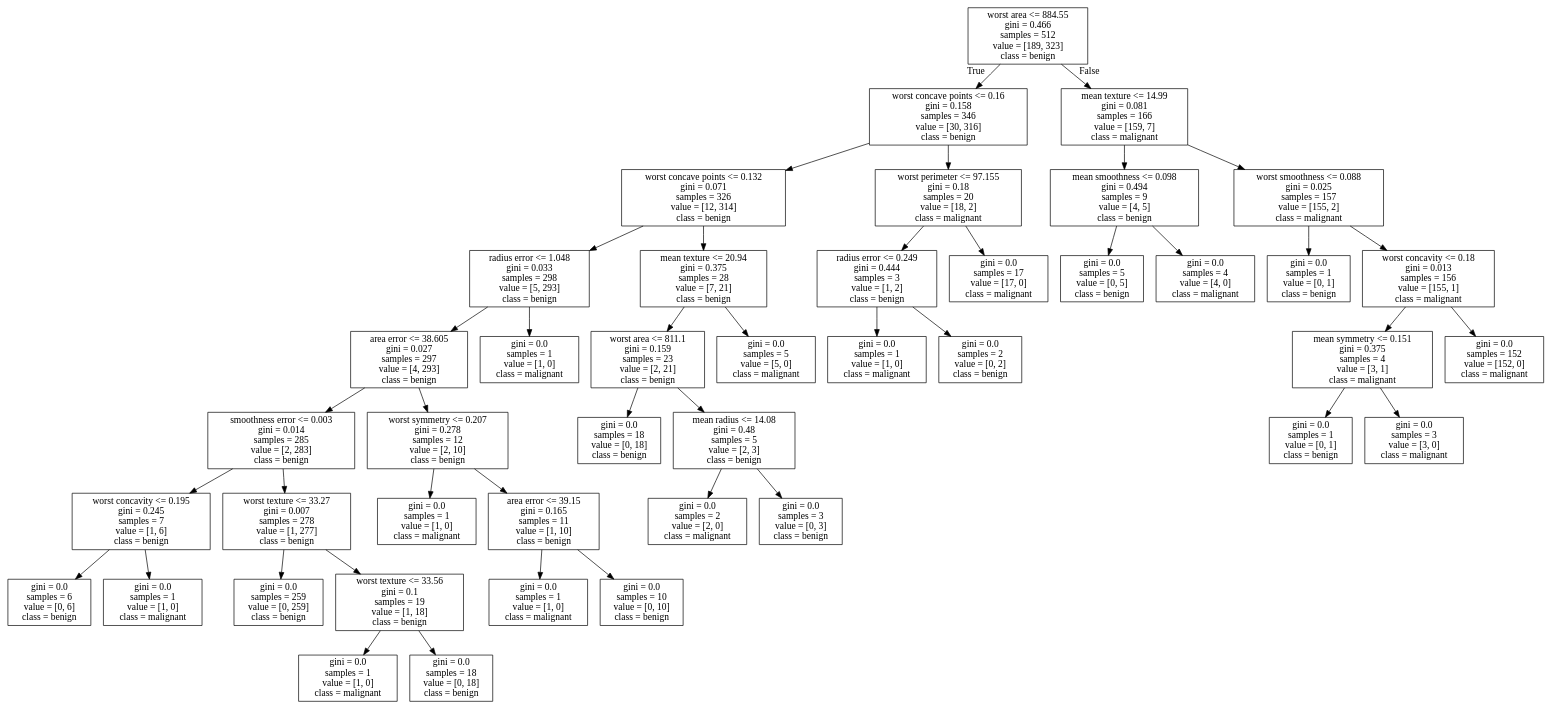
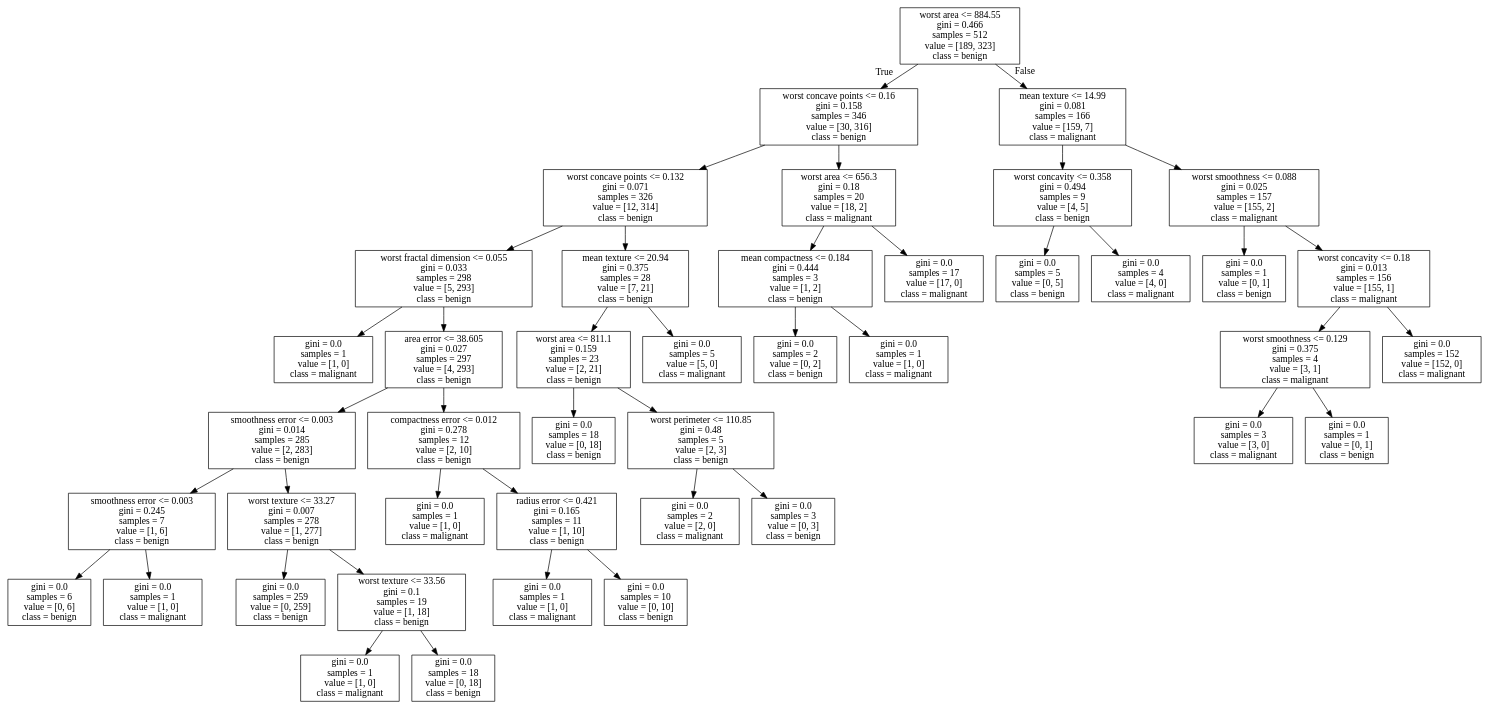
The diagram in Machine-Learning-for-OpenCV-Second-Edition/Dot/cancer_dtree1.dot (linzixuan45/ML-opencv-sklearn), drawn with Graphviz before and after one commit. The commit also changed 11 other files, not shown here.

```diff
--- a/Machine-Learning-for-OpenCV-Second-Edition/Dot/cancer_dtree1.dot
+++ b/Machine-Learning-for-OpenCV-Second-Edition/Dot/cancer_dtree1.dot
@@ -1,88 +1,88 @@
 digraph Tree {
 node [shape=box] ;
 0 [label="worst area <= 884.55\ngini = 0.466\nsamples = 512\nvalue = [189, 323]\nclass = benign"] ;
 1 [label="worst concave points <= 0.16\ngini = 0.158\nsamples = 346\nvalue = [30, 316]\nclass = benign"] ;
 0 -> 1 [labeldistance=2.5, labelangle=45, headlabel="True"] ;
 2 [label="worst concave points <= 0.132\ngini = 0.071\nsamples = 326\nvalue = [12, 314]\nclass = benign"] ;
 1 -> 2 ;
-3 [label="radius error <= 1.048\ngini = 0.033\nsamples = 298\nvalue = [5, 293]\nclass = benign"] ;
+3 [label="worst fractal dimension <= 0.055\ngini = 0.033\nsamples = 298\nvalue = [5, 293]\nclass = benign"] ;
 2 -> 3 ;
-4 [label="area error <= 38.605\ngini = 0.027\nsamples = 297\nvalue = [4, 293]\nclass = benign"] ;
+4 [label="gini = 0.0\nsamples = 1\nvalue = [1, 0]\nclass = malignant"] ;
 3 -> 4 ;
-5 [label="smoothness error <= 0.003\ngini = 0.014\nsamples = 285\nvalue = [2, 283]\nclass = benign"] ;
-4 -> 5 ;
-6 [label="worst concavity <= 0.195\ngini = 0.245\nsamples = 7\nvalue = [1, 6]\nclass = benign"] ;
+5 [label="area error <= 38.605\ngini = 0.027\nsamples = 297\nvalue = [4, 293]\nclass = benign"] ;
+3 -> 5 ;
+6 [label="smoothness error <= 0.003\ngini = 0.014\nsamples = 285\nvalue = [2, 283]\nclass = benign"] ;
 5 -> 6 ;
-7 [label="gini = 0.0\nsamples = 6\nvalue = [0, 6]\nclass = benign"] ;
+7 [label="smoothness error <= 0.003\ngini = 0.245\nsamples = 7\nvalue = [1, 6]\nclass = benign"] ;
 6 -> 7 ;
-8 [label="gini = 0.0\nsamples = 1\nvalue = [1, 0]\nclass = malignant"] ;
-6 -> 8 ;
-9 [label="worst texture <= 33.27\ngini = 0.007\nsamples = 278\nvalue = [1, 277]\nclass = benign"] ;
-5 -> 9 ;
-10 [label="gini = 0.0\nsamples = 259\nvalue = [0, 259]\nclass = benign"] ;
-9 -> 10 ;
-11 [label="worst texture <= 33.56\ngini = 0.1\nsamples = 19\nvalue = [1, 18]\nclass = benign"] ;
-9 -> 11 ;
-12 [label="gini = 0.0\nsamples = 1\nvalue = [1, 0]\nclass = malignant"] ;
-11 -> 12 ;
-13 [label="gini = 0.0\nsamples = 18\nvalue = [0, 18]\nclass = benign"] ;
-11 -> 13 ;
-14 [label="worst symmetry <= 0.207\ngini = 0.278\nsamples = 12\nvalue = [2, 10]\nclass = benign"] ;
-4 -> 14 ;
-15 [label="gini = 0.0\nsamples = 1\nvalue = [1, 0]\nclass = malignant"] ;
-14 -> 15 ;
-16 [label="area error <= 39.15\ngini = 0.165\nsamples = 11\nvalue = [1, 10]\nclass = benign"] ;
-14 -> 16 ;
-17 [label="gini = 0.0\nsamples = 1\nvalue = [1, 0]\nclass = malignant"] ;
-16 -> 17 ;
-18 [label="gini = 0.0\nsamples = 10\nvalue = [0, 10]\nclass = benign"] ;
-16 -> 18 ;
-19 [label="gini = 0.0\nsamples = 1\nvalue = [1, 0]\nclass = malignant"] ;
-3 -> 19 ;
+8 [label="gini = 0.0\nsamples = 6\nvalue = [0, 6]\nclass = benign"] ;
+7 -> 8 ;
+9 [label="gini = 0.0\nsamples = 1\nvalue = [1, 0]\nclass = malignant"] ;
+7 -> 9 ;
+10 [label="worst texture <= 33.27\ngini = 0.007\nsamples = 278\nvalue = [1, 277]\nclass = benign"] ;
+6 -> 10 ;
+11 [label="gini = 0.0\nsamples = 259\nvalue = [0, 259]\nclass = benign"] ;
+10 -> 11 ;
+12 [label="worst texture <= 33.56\ngini = 0.1\nsamples = 19\nvalue = [1, 18]\nclass = benign"] ;
+10 -> 12 ;
+13 [label="gini = 0.0\nsamples = 1\nvalue = [1, 0]\nclass = malignant"] ;
+12 -> 13 ;
+14 [label="gini = 0.0\nsamples = 18\nvalue = [0, 18]\nclass = benign"] ;
+12 -> 14 ;
+15 [label="compactness error <= 0.012\ngini = 0.278\nsamples = 12\nvalue = [2, 10]\nclass = benign"] ;
+5 -> 15 ;
+16 [label="gini = 0.0\nsamples = 1\nvalue = [1, 0]\nclass = malignant"] ;
+15 -> 16 ;
+17 [label="radius error <= 0.421\ngini = 0.165\nsamples = 11\nvalue = [1, 10]\nclass = benign"] ;
+15 -> 17 ;
+18 [label="gini = 0.0\nsamples = 1\nvalue = [1, 0]\nclass = malignant"] ;
+17 -> 18 ;
+19 [label="gini = 0.0\nsamples = 10\nvalue = [0, 10]\nclass = benign"] ;
+17 -> 19 ;
 20 [label="mean texture <= 20.94\ngini = 0.375\nsamples = 28\nvalue = [7, 21]\nclass = benign"] ;
 2 -> 20 ;
 21 [label="worst area <= 811.1\ngini = 0.159\nsamples = 23\nvalue = [2, 21]\nclass = benign"] ;
 20 -> 21 ;
 22 [label="gini = 0.0\nsamples = 18\nvalue = [0, 18]\nclass = benign"] ;
 21 -> 22 ;
-23 [label="mean radius <= 14.08\ngini = 0.48\nsamples = 5\nvalue = [2, 3]\nclass = benign"] ;
+23 [label="worst perimeter <= 110.85\ngini = 0.48\nsamples = 5\nvalue = [2, 3]\nclass = benign"] ;
 21 -> 23 ;
 24 [label="gini = 0.0\nsamples = 2\nvalue = [2, 0]\nclass = malignant"] ;
 23 -> 24 ;
 25 [label="gini = 0.0\nsamples = 3\nvalue = [0, 3]\nclass = benign"] ;
 23 -> 25 ;
 26 [label="gini = 0.0\nsamples = 5\nvalue = [5, 0]\nclass = malignant"] ;
 20 -> 26 ;
-27 [label="worst perimeter <= 97.155\ngini = 0.18\nsamples = 20\nvalue = [18, 2]\nclass = malignant"] ;
+27 [label="worst area <= 656.3\ngini = 0.18\nsamples = 20\nvalue = [18, 2]\nclass = malignant"] ;
 1 -> 27 ;
-28 [label="radius error <= 0.249\ngini = 0.444\nsamples = 3\nvalue = [1, 2]\nclass = benign"] ;
+28 [label="mean compactness <= 0.184\ngini = 0.444\nsamples = 3\nvalue = [1, 2]\nclass = benign"] ;
 27 -> 28 ;
-29 [label="gini = 0.0\nsamples = 1\nvalue = [1, 0]\nclass = malignant"] ;
+29 [label="gini = 0.0\nsamples = 2\nvalue = [0, 2]\nclass = benign"] ;
 28 -> 29 ;
-30 [label="gini = 0.0\nsamples = 2\nvalue = [0, 2]\nclass = benign"] ;
+30 [label="gini = 0.0\nsamples = 1\nvalue = [1, 0]\nclass = malignant"] ;
 28 -> 30 ;
 31 [label="gini = 0.0\nsamples = 17\nvalue = [17, 0]\nclass = malignant"] ;
 27 -> 31 ;
 32 [label="mean texture <= 14.99\ngini = 0.081\nsamples = 166\nvalue = [159, 7]\nclass = malignant"] ;
 0 -> 32 [labeldistance=2.5, labelangle=-45, headlabel="False"] ;
-33 [label="mean smoothness <= 0.098\ngini = 0.494\nsamples = 9\nvalue = [4, 5]\nclass = benign"] ;
+33 [label="worst concavity <= 0.358\ngini = 0.494\nsamples = 9\nvalue = [4, 5]\nclass = benign"] ;
 32 -> 33 ;
 34 [label="gini = 0.0\nsamples = 5\nvalue = [0, 5]\nclass = benign"] ;
 33 -> 34 ;
 35 [label="gini = 0.0\nsamples = 4\nvalue = [4, 0]\nclass = malignant"] ;
 33 -> 35 ;
 36 [label="worst smoothness <= 0.088\ngini = 0.025\nsamples = 157\nvalue = [155, 2]\nclass = malignant"] ;
 32 -> 36 ;
 37 [label="gini = 0.0\nsamples = 1\nvalue = [0, 1]\nclass = benign"] ;
 36 -> 37 ;
 38 [label="worst concavity <= 0.18\ngini = 0.013\nsamples = 156\nvalue = [155, 1]\nclass = malignant"] ;
 36 -> 38 ;
-39 [label="mean symmetry <= 0.151\ngini = 0.375\nsamples = 4\nvalue = [3, 1]\nclass = malignant"] ;
+39 [label="worst smoothness <= 0.129\ngini = 0.375\nsamples = 4\nvalue = [3, 1]\nclass = malignant"] ;
 38 -> 39 ;
-40 [label="gini = 0.0\nsamples = 1\nvalue = [0, 1]\nclass = benign"] ;
+40 [label="gini = 0.0\nsamples = 3\nvalue = [3, 0]\nclass = malignant"] ;
 39 -> 40 ;
-41 [label="gini = 0.0\nsamples = 3\nvalue = [3, 0]\nclass = malignant"] ;
+41 [label="gini = 0.0\nsamples = 1\nvalue = [0, 1]\nclass = benign"] ;
 39 -> 41 ;
 42 [label="gini = 0.0\nsamples = 152\nvalue = [152, 0]\nclass = malignant"] ;
 38 -> 42 ;
 }
```
